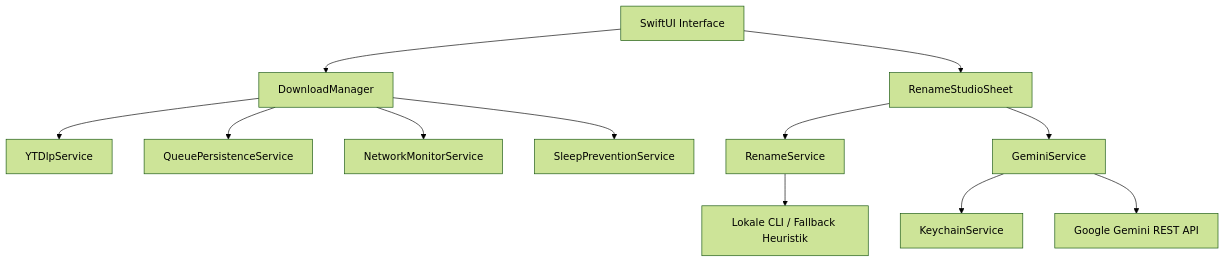
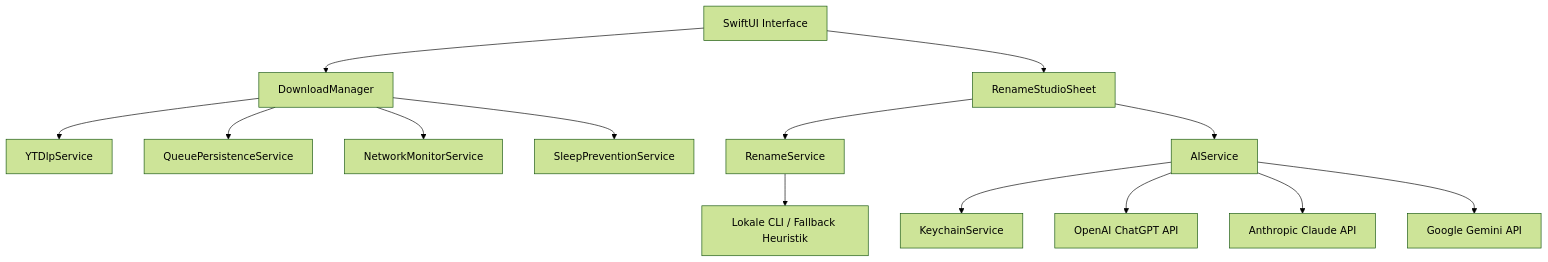
One commit to mrgoldsmitt/Mac-Video-Loader changed the diagram in docs/Obsidian/Mac Video Loader - Dokumentation.md. Above: the diagram before and after it, drawn with Mermaid (forest theme). The commit also changed other lines of this file and 11 other files, not shown here.

Commit message:
feat: Add multi-AI provider support (ChatGPT, Claude & Gemini) with Keychain storage & model selection

````diff
--- a/docs/Obsidian/Mac Video Loader - Dokumentation.md
+++ b/docs/Obsidian/Mac Video Loader - Dokumentation.md
@@ -36,14 +36,16 @@
 ```mermaid
 graph TD
     UI[SwiftUI Interface] --> DM[DownloadManager]
     UI --> RS[RenameStudioSheet]
     DM --> YTS[YTDlpService]
     DM --> NPS[QueuePersistenceService]
     DM --> NMS[NetworkMonitorService]
     DM --> SPS[SleepPreventionService]
     RS --> RNS[RenameService]
-    RS --> GS[GeminiService]
-    GS --> KS[KeychainService]
-    GS --> GAPI[Google Gemini REST API]
+    RS --> AIS[AIService]
+    AIS --> KS[KeychainService]
+    AIS --> OAI[OpenAI ChatGPT API]
+    AIS --> ANT[Anthropic Claude API]
+    AIS --> GAPI[Google Gemini API]
     RNS --> CLI[Lokale CLI / Fallback Heuristik]
 ```
````
